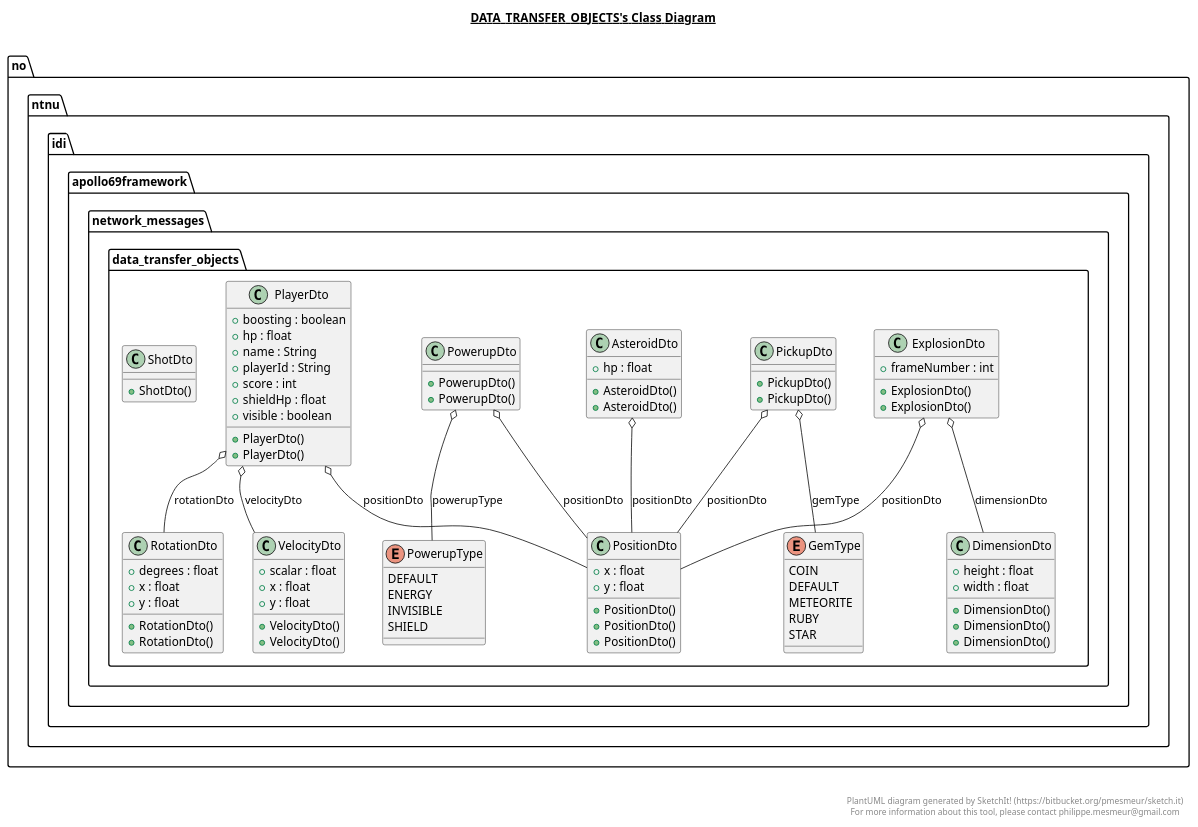
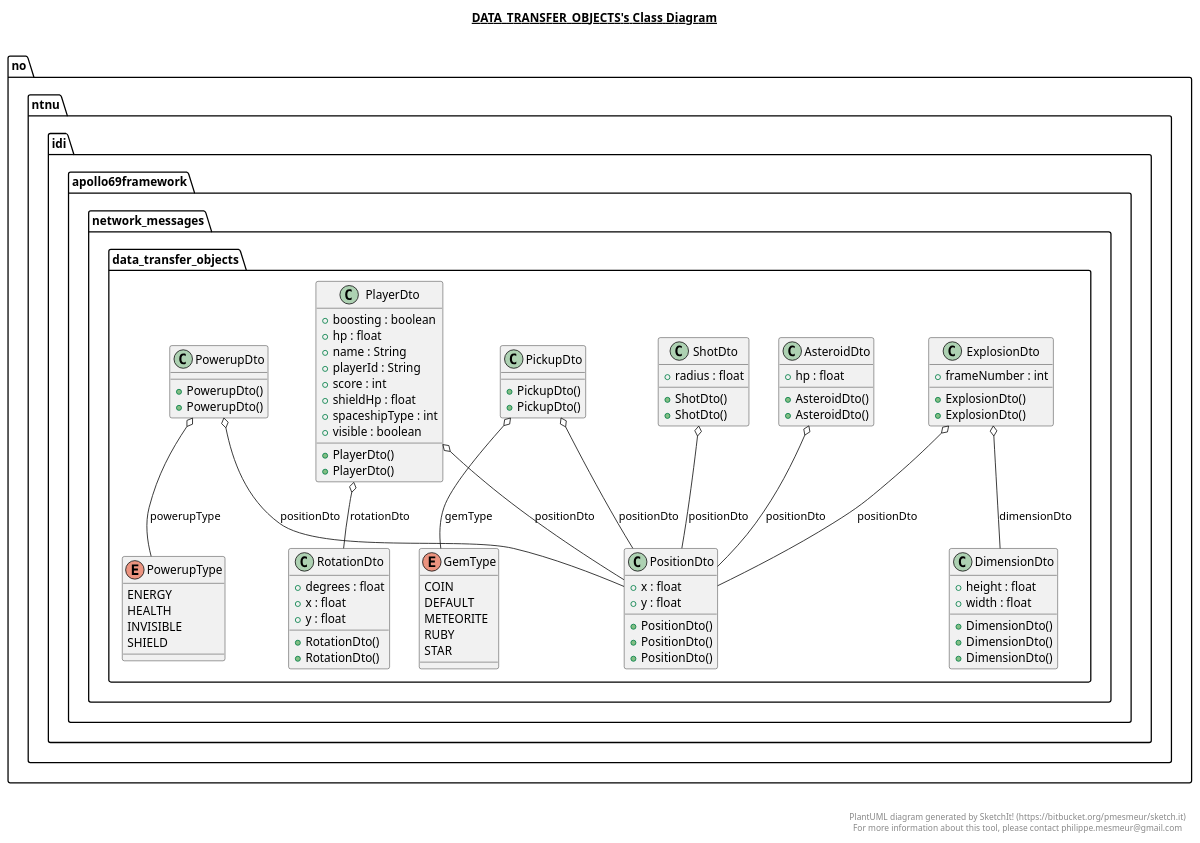
The diagram in framework/src/main/java/no/ntnu/idi/apollo69framework/network_messages/data_transfer_objects/data_transfer_objects.plantuml (GardSteinsvik/apollo-69), drawn with PlantUML before and after one commit. The commit also changed 11 other files, not shown here.

Commit message:
UML updated

```diff
--- a/framework/src/main/java/no/ntnu/idi/apollo69framework/network_messages/data_transfer_objects/data_transfer_objects.plantuml
+++ b/framework/src/main/java/no/ntnu/idi/apollo69framework/network_messages/data_transfer_objects/data_transfer_objects.plantuml
@@ -1,193 +1,181 @@
 @startuml
 
 title __DATA_TRANSFER_OBJECTS's Class Diagram__\n
 
   namespace no.ntnu.idi.apollo69framework {
     namespace network_messages {
       namespace data_transfer_objects {
         class no.ntnu.idi.apollo69framework.network_messages.data_transfer_objects.AsteroidDto {
             + hp : float
             + AsteroidDto()
             + AsteroidDto()
         }
       }
     }
   }
   
 
   namespace no.ntnu.idi.apollo69framework {
     namespace network_messages {
       namespace data_transfer_objects {
         class no.ntnu.idi.apollo69framework.network_messages.data_transfer_objects.DimensionDto {
             + height : float
             + width : float
             + DimensionDto()
             + DimensionDto()
             + DimensionDto()
         }
       }
     }
   }
   
 
   namespace no.ntnu.idi.apollo69framework {
     namespace network_messages {
       namespace data_transfer_objects {
         class no.ntnu.idi.apollo69framework.network_messages.data_transfer_objects.ExplosionDto {
             + frameNumber : int
             + ExplosionDto()
             + ExplosionDto()
         }
       }
     }
   }
   
 
   namespace no.ntnu.idi.apollo69framework {
     namespace network_messages {
       namespace data_transfer_objects {
         enum GemType {
           COIN
           DEFAULT
           METEORITE
           RUBY
           STAR
         }
       }
     }
   }
   
 
   namespace no.ntnu.idi.apollo69framework {
     namespace network_messages {
       namespace data_transfer_objects {
         class no.ntnu.idi.apollo69framework.network_messages.data_transfer_objects.PickupDto {
             + PickupDto()
             + PickupDto()
         }
       }
     }
   }
   
 
   namespace no.ntnu.idi.apollo69framework {
     namespace network_messages {
       namespace data_transfer_objects {
         class no.ntnu.idi.apollo69framework.network_messages.data_transfer_objects.PlayerDto {
             + boosting : boolean
             + hp : float
             + name : String
             + playerId : String
             + score : int
             + shieldHp : float
+            + spaceshipType : int
             + visible : boolean
             + PlayerDto()
             + PlayerDto()
         }
       }
     }
   }
   
 
   namespace no.ntnu.idi.apollo69framework {
     namespace network_messages {
       namespace data_transfer_objects {
         class no.ntnu.idi.apollo69framework.network_messages.data_transfer_objects.PositionDto {
             + x : float
             + y : float
             + PositionDto()
             + PositionDto()
             + PositionDto()
         }
       }
     }
   }
   
 
   namespace no.ntnu.idi.apollo69framework {
     namespace network_messages {
       namespace data_transfer_objects {
         class no.ntnu.idi.apollo69framework.network_messages.data_transfer_objects.PowerupDto {
             + PowerupDto()
             + PowerupDto()
         }
       }
     }
   }
   
 
   namespace no.ntnu.idi.apollo69framework {
     namespace network_messages {
       namespace data_transfer_objects {
         enum PowerupType {
-          DEFAULT
           ENERGY
+          HEALTH
           INVISIBLE
           SHIELD
         }
       }
     }
   }
   
 
   namespace no.ntnu.idi.apollo69framework {
     namespace network_messages {
       namespace data_transfer_objects {
         class no.ntnu.idi.apollo69framework.network_messages.data_transfer_objects.RotationDto {
             + degrees : float
             + x : float
             + y : float
             + RotationDto()
             + RotationDto()
         }
       }
     }
   }
   
 
   namespace no.ntnu.idi.apollo69framework {
     namespace network_messages {
       namespace data_transfer_objects {
         class no.ntnu.idi.apollo69framework.network_messages.data_transfer_objects.ShotDto {
+            + radius : float
             + ShotDto()
-        }
-      }
-    }
-  }
-  
-
-  namespace no.ntnu.idi.apollo69framework {
-    namespace network_messages {
-      namespace data_transfer_objects {
-        class no.ntnu.idi.apollo69framework.network_messages.data_transfer_objects.VelocityDto {
-            + scalar : float
-            + x : float
-            + y : float
-            + VelocityDto()
-            + VelocityDto()
+            + ShotDto()
         }
       }
     }
   }
   
 
   no.ntnu.idi.apollo69framework.network_messages.data_transfer_objects.AsteroidDto o-- no.ntnu.idi.apollo69framework.network_messages.data_transfer_objects.PositionDto : positionDto
   no.ntnu.idi.apollo69framework.network_messages.data_transfer_objects.ExplosionDto o-- no.ntnu.idi.apollo69framework.network_messages.data_transfer_objects.DimensionDto : dimensionDto
   no.ntnu.idi.apollo69framework.network_messages.data_transfer_objects.ExplosionDto o-- no.ntnu.idi.apollo69framework.network_messages.data_transfer_objects.PositionDto : positionDto
   no.ntnu.idi.apollo69framework.network_messages.data_transfer_objects.PickupDto o-- no.ntnu.idi.apollo69framework.network_messages.data_transfer_objects.GemType : gemType
   no.ntnu.idi.apollo69framework.network_messages.data_transfer_objects.PickupDto o-- no.ntnu.idi.apollo69framework.network_messages.data_transfer_objects.PositionDto : positionDto
   no.ntnu.idi.apollo69framework.network_messages.data_transfer_objects.PlayerDto o-- no.ntnu.idi.apollo69framework.network_messages.data_transfer_objects.PositionDto : positionDto
   no.ntnu.idi.apollo69framework.network_messages.data_transfer_objects.PlayerDto o-- no.ntnu.idi.apollo69framework.network_messages.data_transfer_objects.RotationDto : rotationDto
-  no.ntnu.idi.apollo69framework.network_messages.data_transfer_objects.PlayerDto o-- no.ntnu.idi.apollo69framework.network_messages.data_transfer_objects.VelocityDto : velocityDto
   no.ntnu.idi.apollo69framework.network_messages.data_transfer_objects.PowerupDto o-- no.ntnu.idi.apollo69framework.network_messages.data_transfer_objects.PositionDto : positionDto
   no.ntnu.idi.apollo69framework.network_messages.data_transfer_objects.PowerupDto o-- no.ntnu.idi.apollo69framework.network_messages.data_transfer_objects.PowerupType : powerupType
+  no.ntnu.idi.apollo69framework.network_messages.data_transfer_objects.ShotDto o-- no.ntnu.idi.apollo69framework.network_messages.data_transfer_objects.PositionDto : positionDto
 
 
 right footer
 
 
 PlantUML diagram generated by SketchIt! (https://bitbucket.org/pmesmeur/sketch.it)
 For more information about this tool, please contact philippe.mesmeur@gmail.com
 endfooter
 
 @enduml
```
